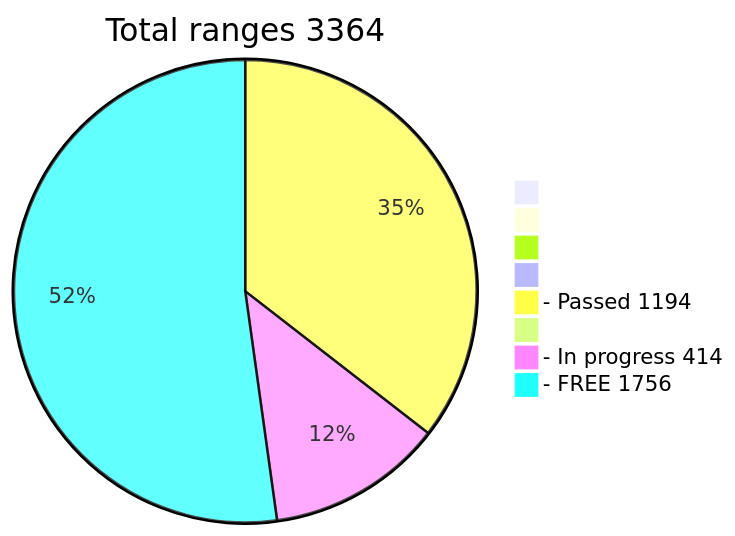
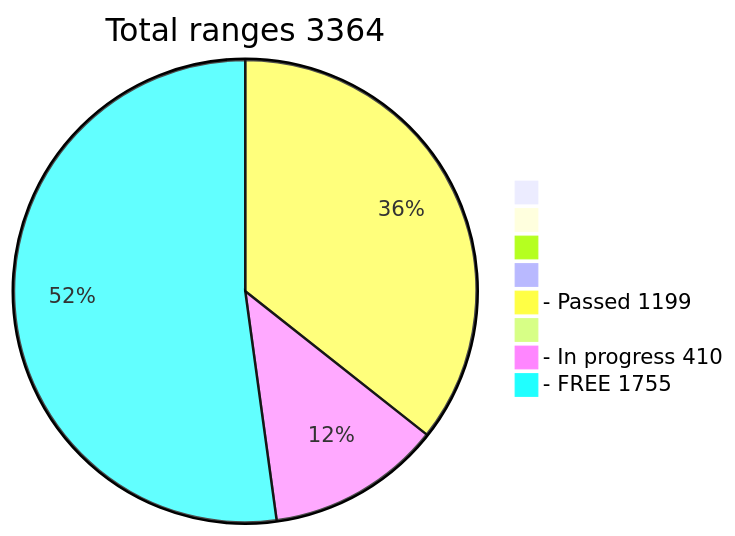
Before and after one commit to phrutis/wif500: the diagram in README.md, drawn with Mermaid.

````diff
--- a/README.md
+++ b/README.md
@@ -16,12 +16,12 @@
 ```mermaid
 pie title Total ranges 3364
              " " : 0
             "  " : 0
            "   " : 0
           "    " : 0
-  "- Passed 1194" : 1194
+  "- Passed 1199" : 1199
          "     " : 0
-  "- In progress 414" : 414
-   "- FREE 1756" : 1756
+  "- In progress 410" : 410
+   "- FREE 1755" : 1755
    
 ```
````
